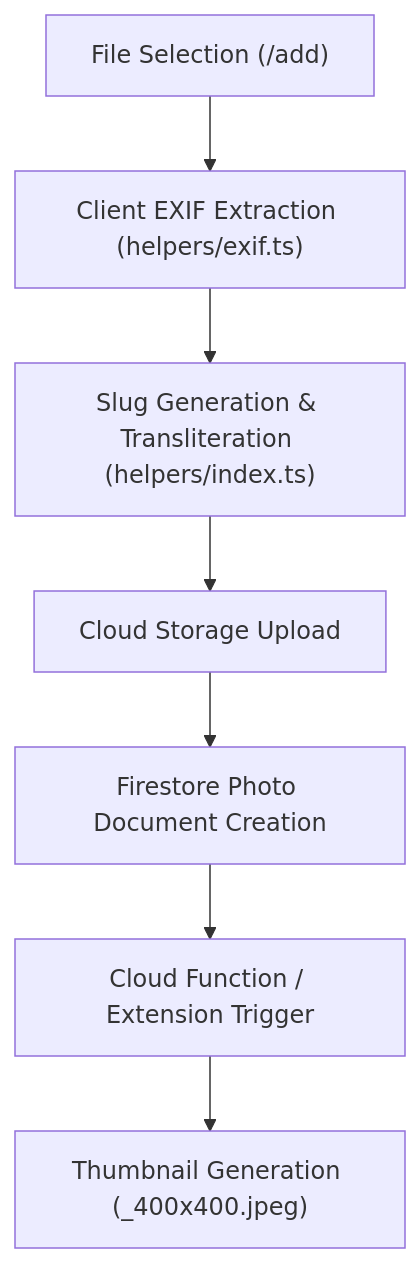
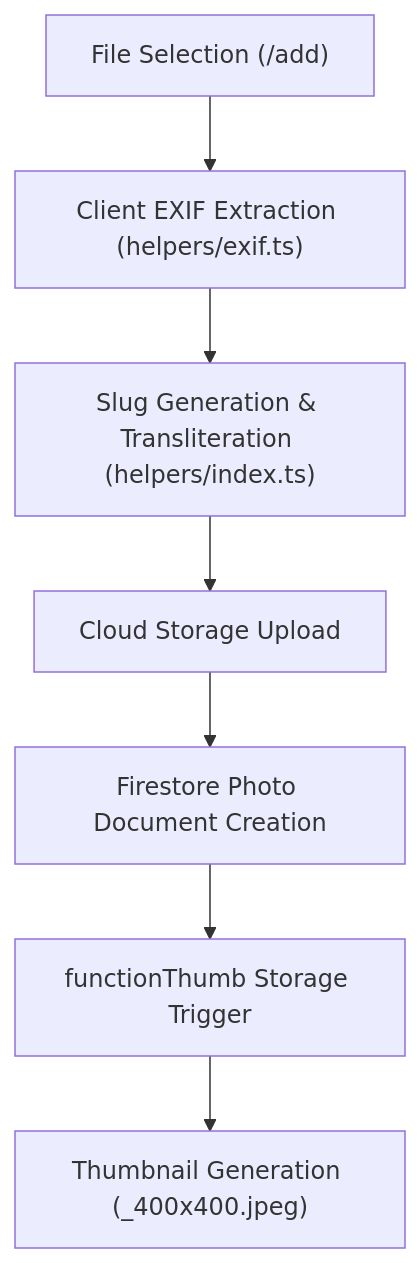
One commit to mandrej/andrejevici changed the diagram in AGENTS.md. Above: the diagram before and after it, drawn with Mermaid. The commit also changed other lines of this file and 2 other files, not shown here.

````diff
--- a/AGENTS.md
+++ b/AGENTS.md
@@ -176,9 +175,9 @@
 ```mermaid
 flowchart TD
     A["File Selection (/add)"] --> B["Client EXIF Extraction (helpers/exif.ts)"]
     B --> C["Slug Generation & Transliteration (helpers/index.ts)"]
     C --> D["Cloud Storage Upload"]
     D --> E["Firestore Photo Document Creation"]
-    E --> F["Cloud Function / Extension Trigger"]
+    E --> F["functionThumb Storage Trigger"]
     F --> G["Thumbnail Generation (_400x400.jpeg)"]
 ```
````
